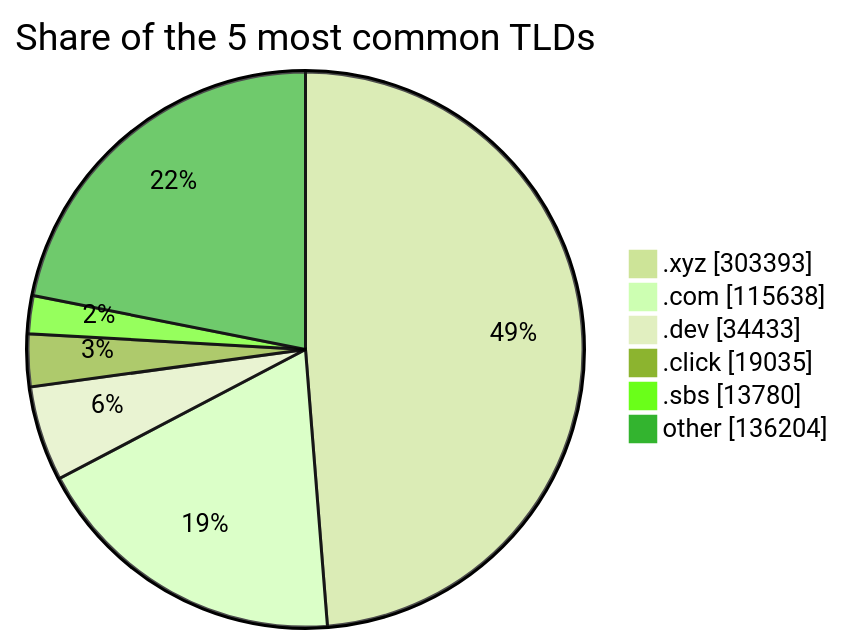
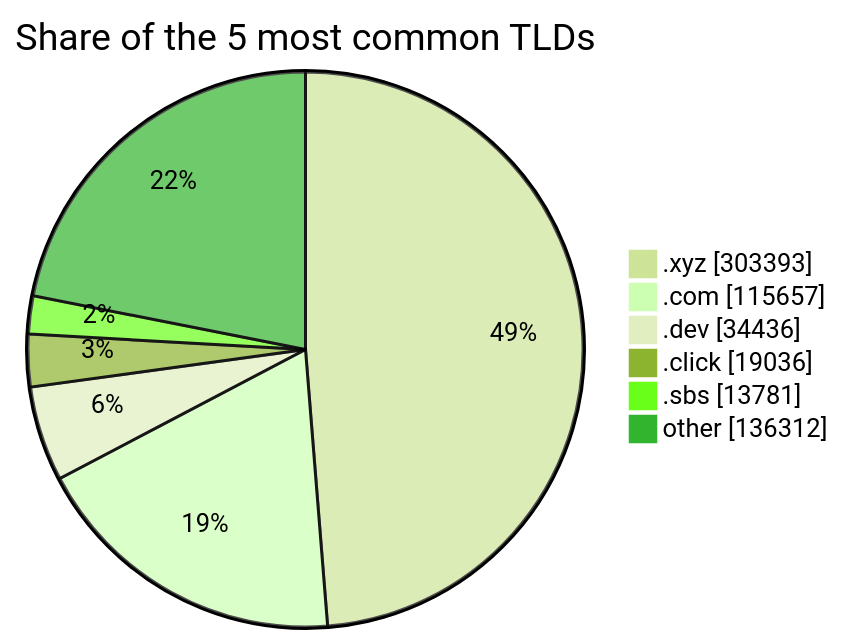
One commit to DNSBunker/CTI changed the third of 3 diagrams in README.md. Above: the diagram before and after it, drawn with Mermaid (forest theme). The commit also changed other lines of this file and 3 other files, not shown here.

````diff
--- a/README.md
+++ b/README.md
@@ -81,9 +81,9 @@
 ```mermaid
 pie showData title Share of the 5 most common TLDs
     ".xyz" : 303393
-    ".com" : 115638
-    ".dev" : 34433
-    ".click" : 19035
-    ".sbs" : 13780
-    "other" : 136204
+    ".com" : 115657
+    ".dev" : 34436
+    ".click" : 19036
+    ".sbs" : 13781
+    "other" : 136312
 ```
````
